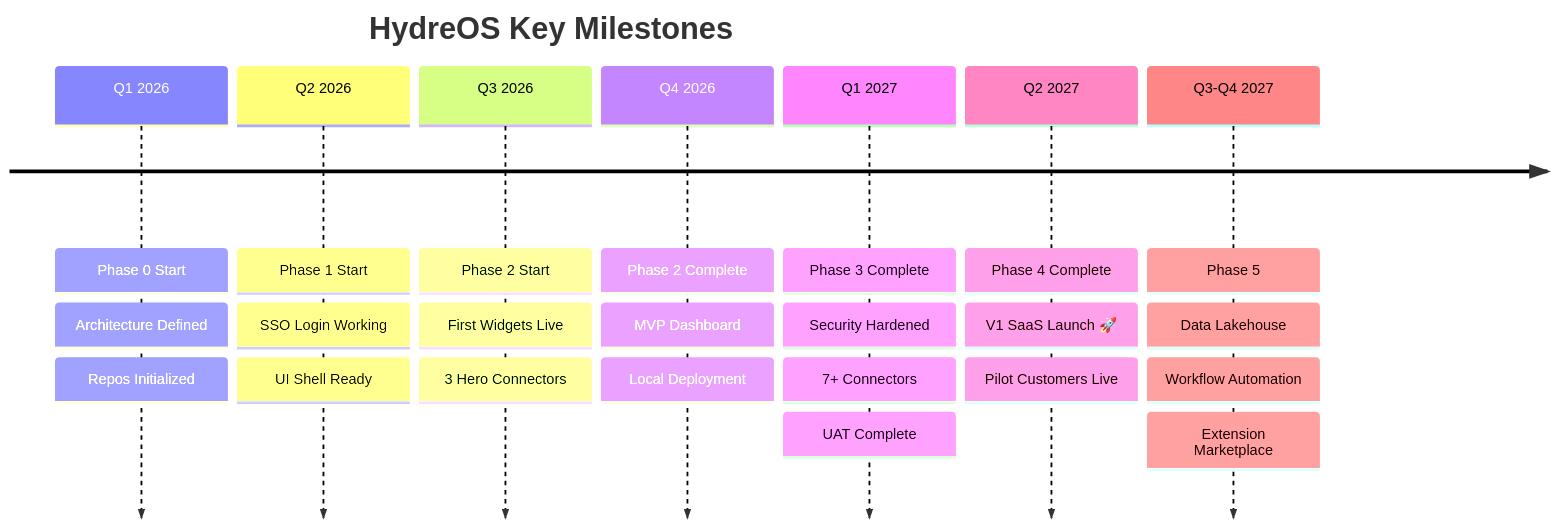
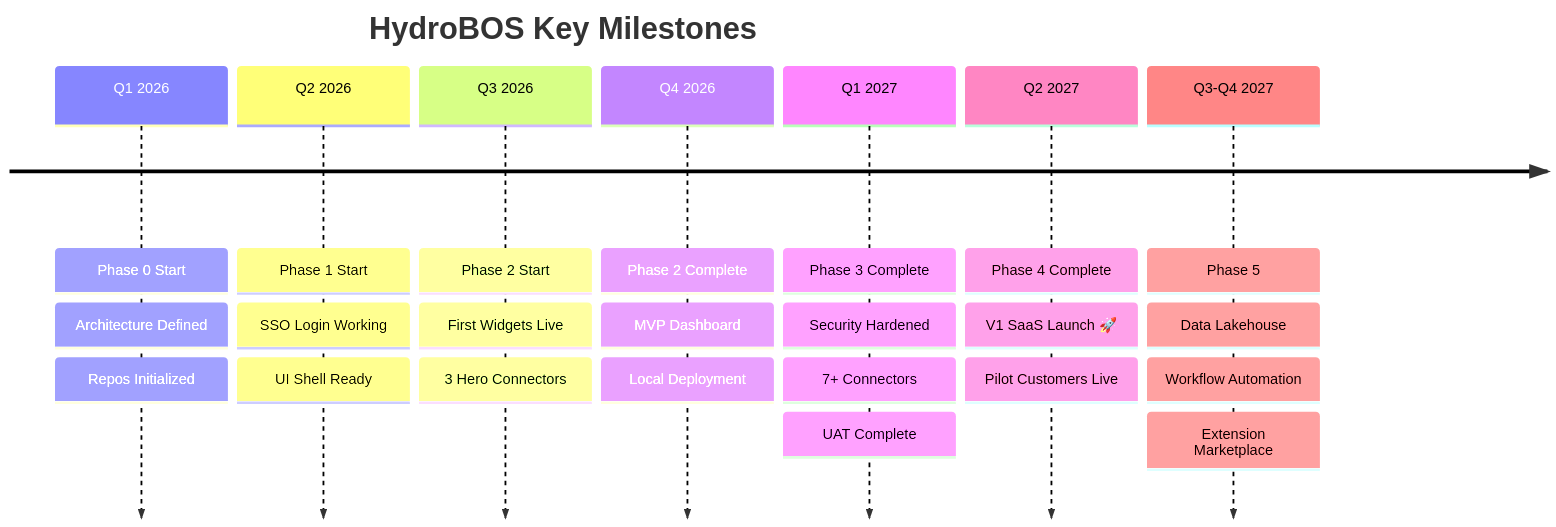
One commit to jrobinson-utahmmc/hydrobos changed the fifth of 5 diagrams in docs/10-roadmap.md. Above: the diagram before and after it, drawn with Mermaid. The commit also changed other lines of this file and 11 other files, not shown here.

````diff
--- a/docs/10-roadmap.md
+++ b/docs/10-roadmap.md
@@ -232,34 +232,34 @@
 ```mermaid
 timeline
-    title HydreOS Key Milestones
+    title HydroBOS Key Milestones
     
     Q1 2026 : Phase 0 Start
              : Architecture Defined
              : Repos Initialized
     
     Q2 2026 : Phase 1 Start
              : SSO Login Working
              : UI Shell Ready
     
     Q3 2026 : Phase 2 Start
              : First Widgets Live
              : 3 Hero Connectors
     
     Q4 2026 : Phase 2 Complete
              : MVP Dashboard
              : Local Deployment
     
     Q1 2027 : Phase 3 Complete
              : Security Hardened
              : 7+ Connectors
              : UAT Complete
     
     Q2 2027 : Phase 4 Complete
              : V1 SaaS Launch 🚀
              : Pilot Customers Live
     
     Q3-Q4 2027 : Phase 5
                : Data Lakehouse
                : Workflow Automation
                : Extension Marketplace
 ```
````
